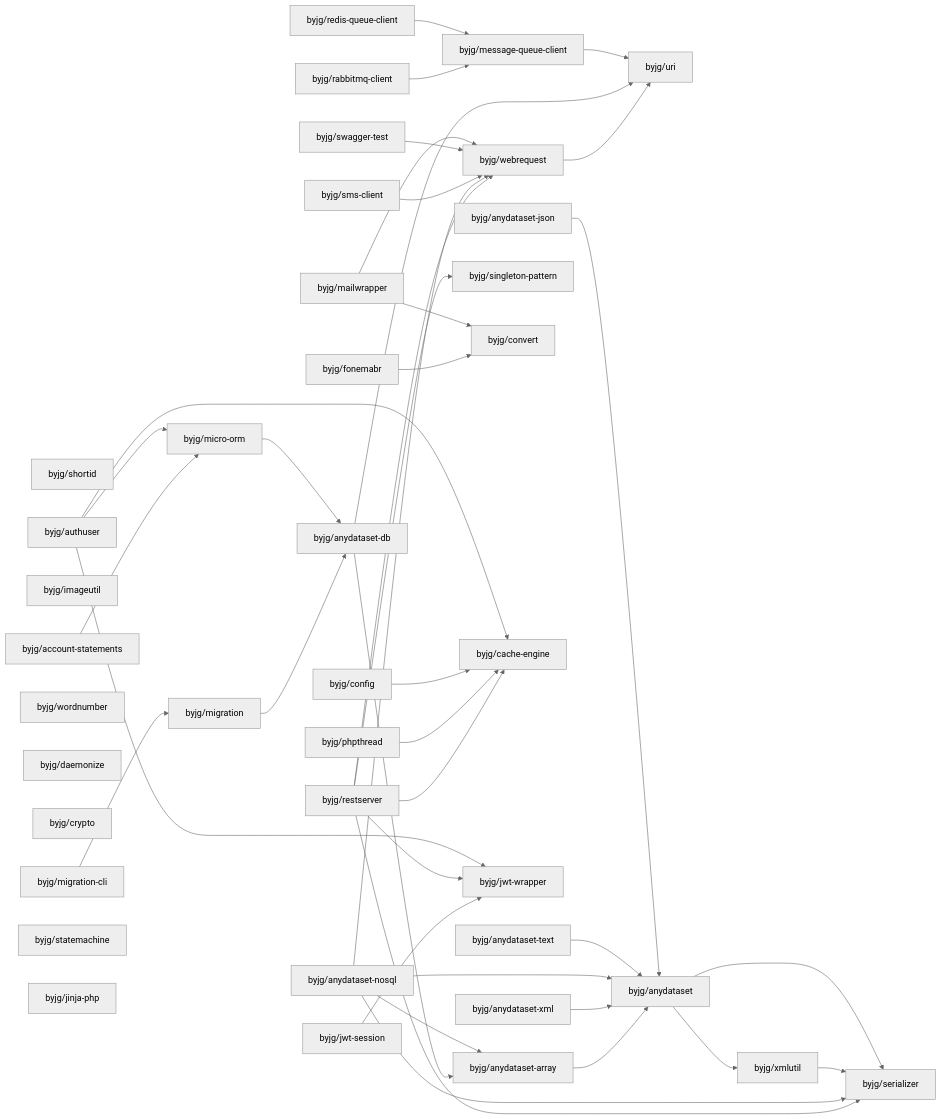
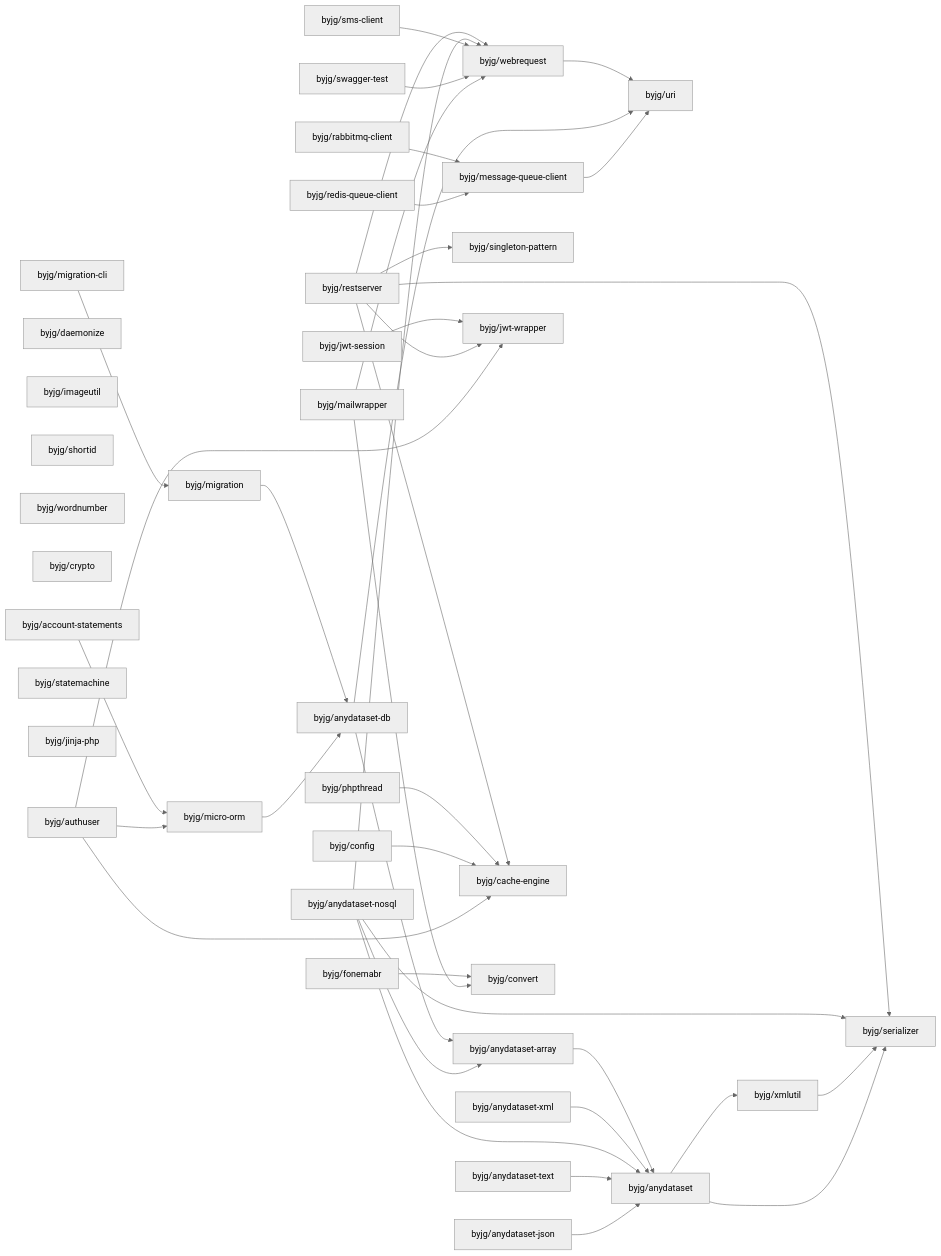
One commit to byjg/byjg.github.io changed the diagram in docs/php/README.md. Above: the diagram before and after it, drawn with Mermaid (neutral theme). The commit also changed other lines of this file and 4 other files, not shown here.

Commit message:
Update documentation 'php' 'php-micro-orm'

````diff
--- a/docs/php/README.md
+++ b/docs/php/README.md
@@ -3,78 +3,78 @@
 ```mermaid
 graph LR;
+  byjg/anydataset-nosql;
   byjg/phpthread;
+  byjg/account-statements;
+  byjg/daemonize;
+  byjg/restserver;
+  byjg/imageutil;
+  byjg/anydataset-json;
+  byjg/shortid;
+  byjg/redis-queue-client;
+  byjg/fonemabr;
+  byjg/jwt-session;
+  byjg/wordnumber;
+  byjg/swagger-test;
+  byjg/anydataset-text;
   byjg/rabbitmq-client;
-  byjg/shortid;
-  byjg/swagger-test;
-  byjg/account-statements;
+  byjg/crypto;
+  byjg/anydataset-xml;
+  byjg/authuser;
   byjg/config;
-  byjg/imageutil;
-  byjg/anydataset-text;
+  byjg/statemachine;
+  byjg/jinja-php;
+  byjg/sms-client;
   byjg/migration-cli;
-  byjg/anydataset-json;
-  byjg/wordnumber;
-  byjg/daemonize;
-  byjg/redis-queue-client;
-  byjg/crypto;
-  byjg/fonemabr;
-  byjg/restserver;
-  byjg/anydataset-nosql;
   byjg/mailwrapper;
-  byjg/authuser;
-  byjg/anydataset-xml;
-  byjg/statemachine;
-  byjg/jwt-session;
-  byjg/sms-client;
-  byjg/jinja-php;
+  byjg/singleton-pattern;
+  byjg/message-queue-client;
+  byjg/micro-orm;
+  byjg/jwt-wrapper;
+  byjg/cache-engine;
   byjg/migration;
-  byjg/message-queue-client;
-  byjg/singleton-pattern;
   byjg/convert;
-  byjg/micro-orm;
-  byjg/cache-engine;
-  byjg/jwt-wrapper;
   byjg/webrequest;
   byjg/anydataset-db;
   byjg/anydataset-array;
   byjg/uri;
   byjg/anydataset;
   byjg/xmlutil;
   byjg/serializer;
   byjg/account-statements --> byjg/micro-orm;
   byjg/fonemabr --> byjg/convert;
   byjg/webrequest --> byjg/uri;
   byjg/anydataset-array --> byjg/anydataset;
   byjg/anydataset-xml --> byjg/anydataset;
   byjg/rabbitmq-client --> byjg/message-queue-client;
   byjg/redis-queue-client --> byjg/message-queue-client;
   byjg/jwt-session --> byjg/jwt-wrapper;
   byjg/anydataset-db --> byjg/anydataset-array;
   byjg/anydataset-db --> byjg/uri;
   byjg/restserver --> byjg/serializer;
   byjg/restserver --> byjg/singleton-pattern;
   byjg/restserver --> byjg/cache-engine;
   byjg/restserver --> byjg/webrequest;
   byjg/restserver --> byjg/jwt-wrapper;
   byjg/migration --> byjg/anydataset-db;
   byjg/anydataset-nosql --> byjg/anydataset;
   byjg/anydataset-nosql --> byjg/anydataset-array;
   byjg/anydataset-nosql --> byjg/serializer;
   byjg/anydataset-nosql --> byjg/webrequest;
   byjg/phpthread --> byjg/cache-engine;
   byjg/sms-client --> byjg/webrequest;
   byjg/swagger-test --> byjg/webrequest;
   byjg/migration-cli --> byjg/migration;
   byjg/config --> byjg/cache-engine;
   byjg/anydataset-text --> byjg/anydataset;
   byjg/micro-orm --> byjg/anydataset-db;
   byjg/authuser --> byjg/micro-orm;
   byjg/authuser --> byjg/cache-engine;
   byjg/authuser --> byjg/jwt-wrapper;
   byjg/anydataset-json --> byjg/anydataset;
   byjg/mailwrapper --> byjg/convert;
   byjg/mailwrapper --> byjg/webrequest;
   byjg/xmlutil --> byjg/serializer;
   byjg/anydataset --> byjg/serializer;
   byjg/anydataset --> byjg/xmlutil;
   byjg/message-queue-client --> byjg/uri;
 ```
````
